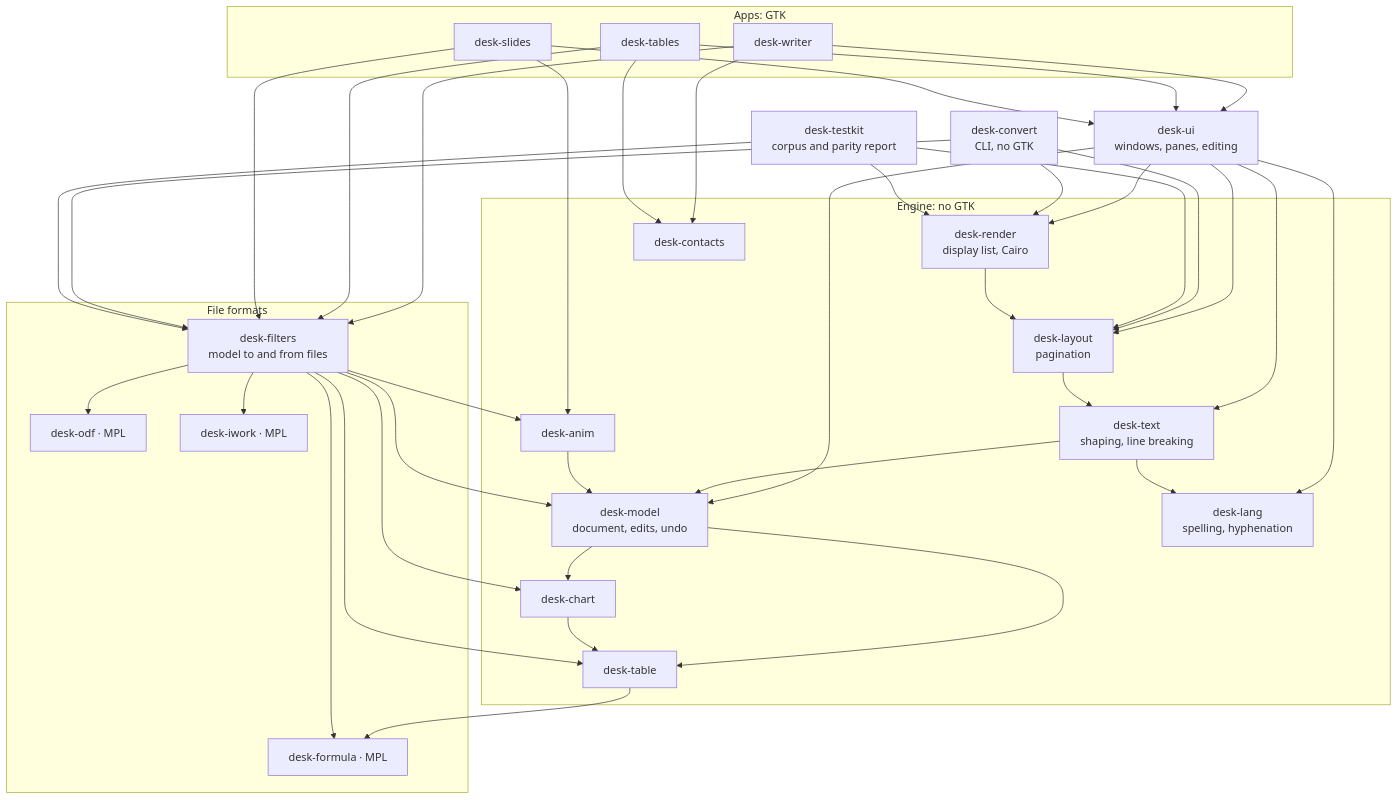
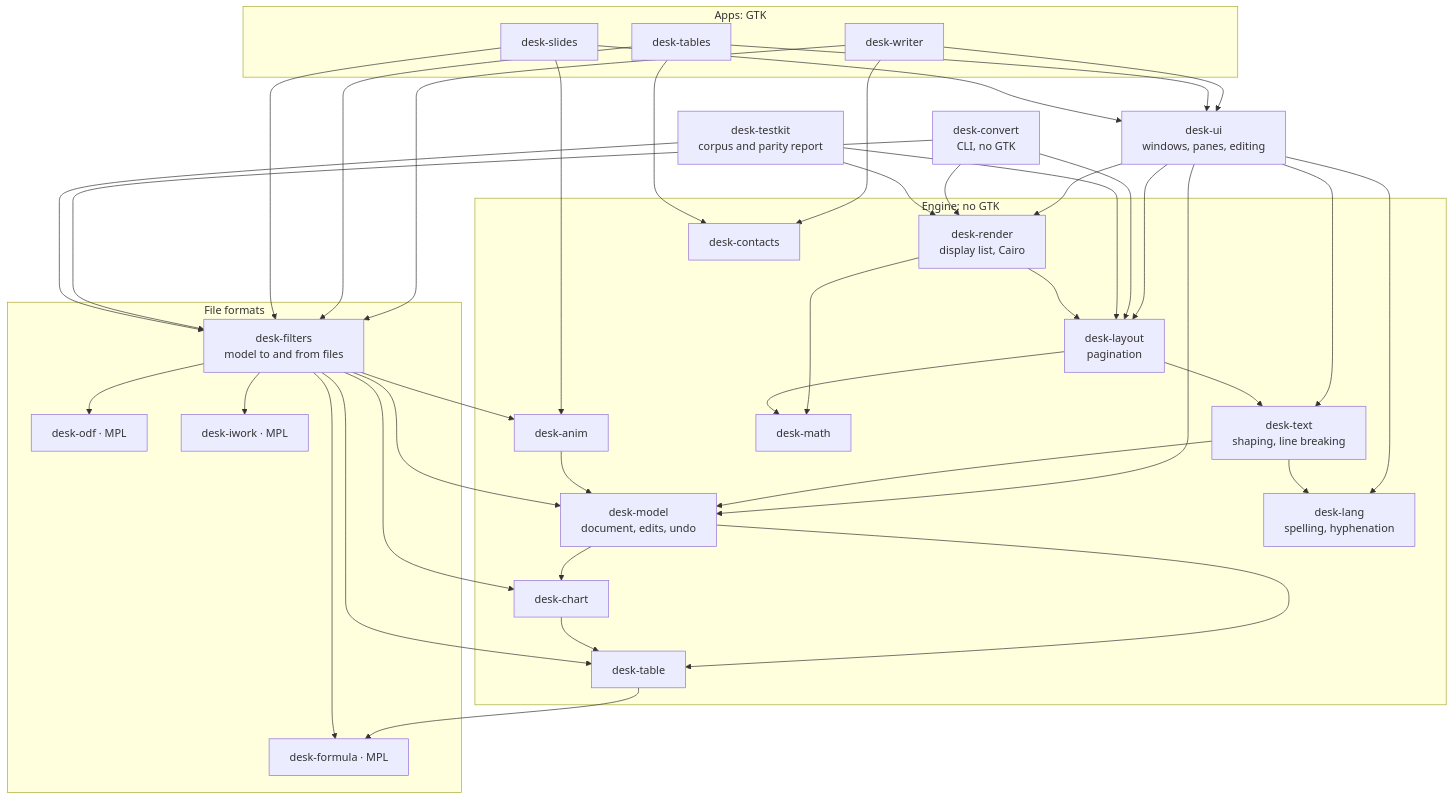
Before and after one commit to brahm/desk: the third of 8 diagrams in docs/architecture.md, drawn with Mermaid. The commit also changed 33 other files, not shown here.

````diff
--- a/docs/architecture.md
+++ b/docs/architecture.md
@@ -71,40 +71,42 @@
 ```mermaid
 flowchart TB
     subgraph apps [Apps: GTK]
         writer[desk-writer]
         tables[desk-tables]
         slides[desk-slides]
     end
     ui[desk-ui<br>windows, panes, editing]
     convert[desk-convert<br>CLI, no GTK]
     testkit[desk-testkit<br>corpus and parity report]
     subgraph engine [Engine: no GTK]
         render[desk-render<br>display list, Cairo]
         layout[desk-layout<br>pagination]
         text[desk-text<br>shaping, line breaking]
         model[desk-model<br>document, edits, undo]
         chart[desk-chart]
+        math[desk-math]
         table[desk-table]
         anim[desk-anim]
         lang[desk-lang<br>spelling, hyphenation]
         contacts[desk-contacts]
     end
     subgraph formats [File formats]
         filters[desk-filters<br>model to and from files]
         odf[desk-odf · MPL]
         iwork[desk-iwork · MPL]
         formula[desk-formula · MPL]
     end
     writer & tables & slides --> ui & filters
     writer & tables --> contacts
     slides --> anim
     ui --> render & layout & text & model & lang
     convert --> filters & render & layout
     testkit --> filters & render & layout
     render --> layout --> text --> model
+    render & layout --> math
     text --> lang
     model --> chart & table
     chart --> table --> formula
     anim --> model
     filters --> model & odf & iwork & anim & chart & table & formula
 ```
````
